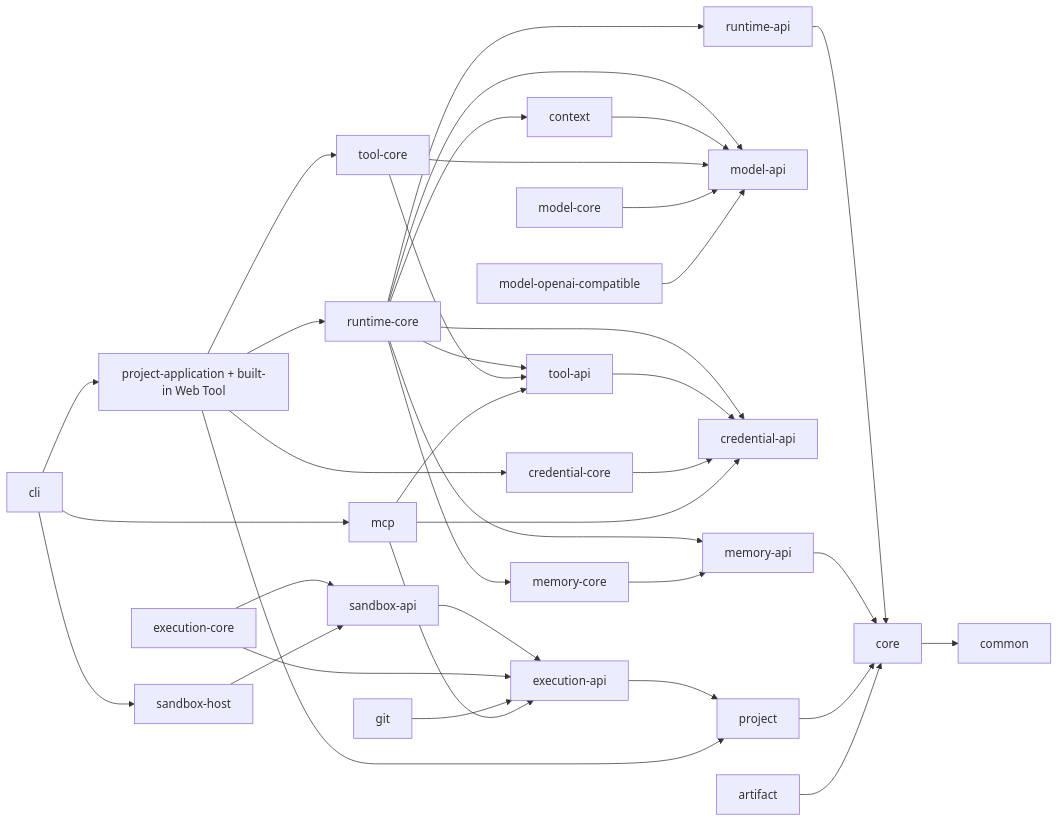
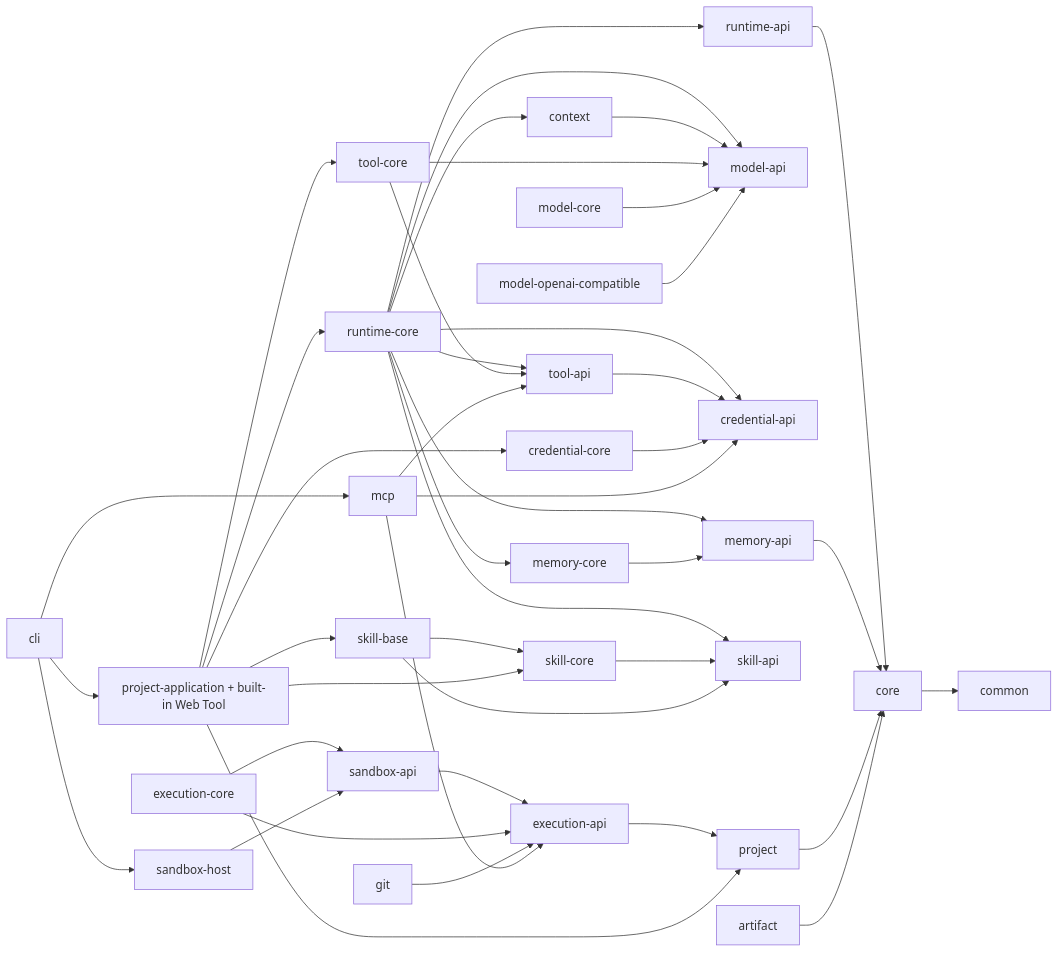
The diagram in README.md (haifa-agent/haifa-agent), drawn with Mermaid before and after one commit. The commit also changed other lines of this file and 16 other files, not shown here.

````diff
--- a/README.md
+++ b/README.md
@@ -59,39 +63,45 @@
 ```mermaid
 flowchart LR
   CORE[core] --> COMMON[common]
   RAPI[runtime-api] --> CORE
   RCORE[runtime-core] --> RAPI
   RCORE --> MAPI[model-api]
   RCORE --> TAPI[tool-api]
   RCORE --> CAPI[credential-api]
   RCORE --> CTX[context]
   RCORE --> MEMAPI[memory-api]
   RCORE --> MEMCORE[memory-core]
+  RCORE --> SKAPI[skill-api]
   CTX --> MAPI
   TAPI --> CAPI
   TCORE[tool-core] --> TAPI
   TCORE --> MAPI
   CCORE[credential-core] --> CAPI
   MCORE[model-core] --> MAPI
   MEMAPI --> CORE
   MEMCORE --> MEMAPI
+  SKCORE[skill-core] --> SKAPI
+  SKBASE[skill-base] --> SKAPI
+  SKBASE --> SKCORE
   PROJECT[project] --> CORE
   ARTIFACT[artifact] --> CORE
   EAPI[execution-api] --> PROJECT
   SAPI[sandbox-api] --> EAPI
   ECORE[execution-core] --> EAPI
   ECORE --> SAPI
   SHOST[sandbox-host] --> SAPI
   GIT[git] --> EAPI
   MCP[mcp] --> TAPI
   MCP --> CAPI
   MCP --> EAPI
   OAI[model-openai-compatible] --> MAPI
   PAPP[project-application + built-in Web Tool] --> RCORE
   PAPP --> PROJECT
   PAPP --> TCORE
   PAPP --> CCORE
+  PAPP --> SKCORE
+  PAPP --> SKBASE
   CLI[cli] --> PAPP
   CLI --> MCP
   CLI --> SHOST
 ```
````
